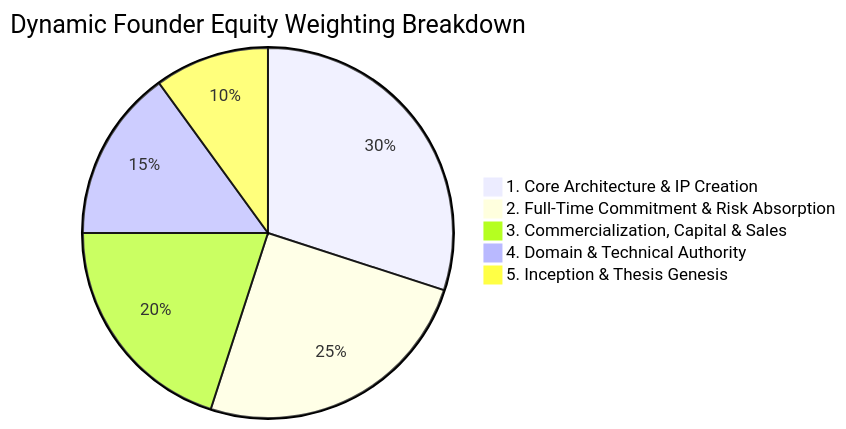
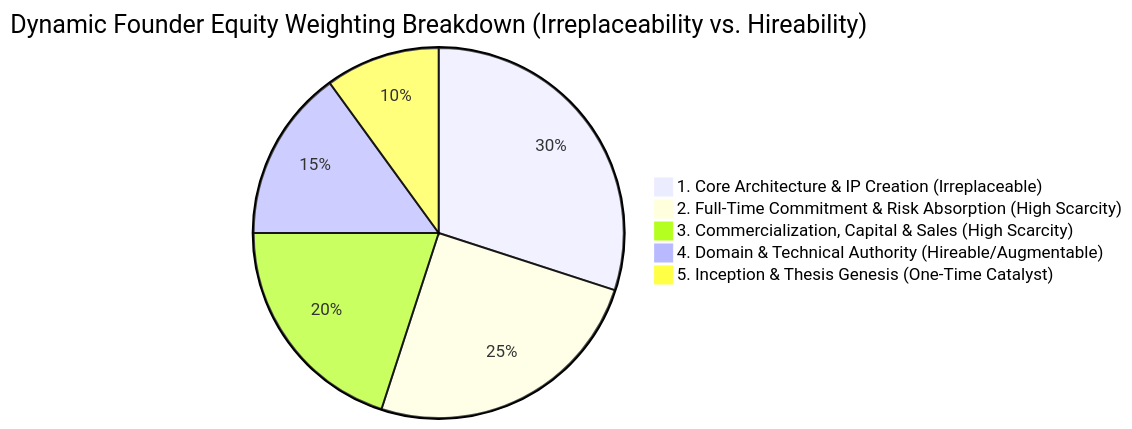
One commit to ranjandahal/founders-framework changed the first of 2 diagrams in frameworks/universal-founder-equity-and-operating-framework.md. Above: the diagram before and after it, drawn with Mermaid. The commit also changed other lines of this file and 2 other files, not shown here.

Commit message:
docs: reinstate Executive Philosophy, The Weighting Rationale (Irreplaceability vs Hireability), and Economic Scarcity Principle in UFCF and UEOF

````diff
--- a/frameworks/universal-founder-equity-and-operating-framework.md
+++ b/frameworks/universal-founder-equity-and-operating-framework.md
@@ -45,8 +48,8 @@
 ```mermaid
-pie title Dynamic Founder Equity Weighting Breakdown
-    "1. Core Architecture & IP Creation" : 30
-    "2. Full-Time Commitment & Risk Absorption" : 25
-    "3. Commercialization, Capital & Sales" : 20
-    "4. Domain & Technical Authority" : 15
-    "5. Inception & Thesis Genesis" : 10
+pie title Dynamic Founder Equity Weighting Breakdown (Irreplaceability vs. Hireability)
+    "1. Core Architecture & IP Creation (Irreplaceable)" : 30
+    "2. Full-Time Commitment & Risk Absorption (High Scarcity)" : 25
+    "3. Commercialization, Capital & Sales (High Scarcity)" : 20
+    "4. Domain & Technical Authority (Hireable/Augmentable)" : 15
+    "5. Inception & Thesis Genesis (One-Time Catalyst)" : 10
 ```
````
